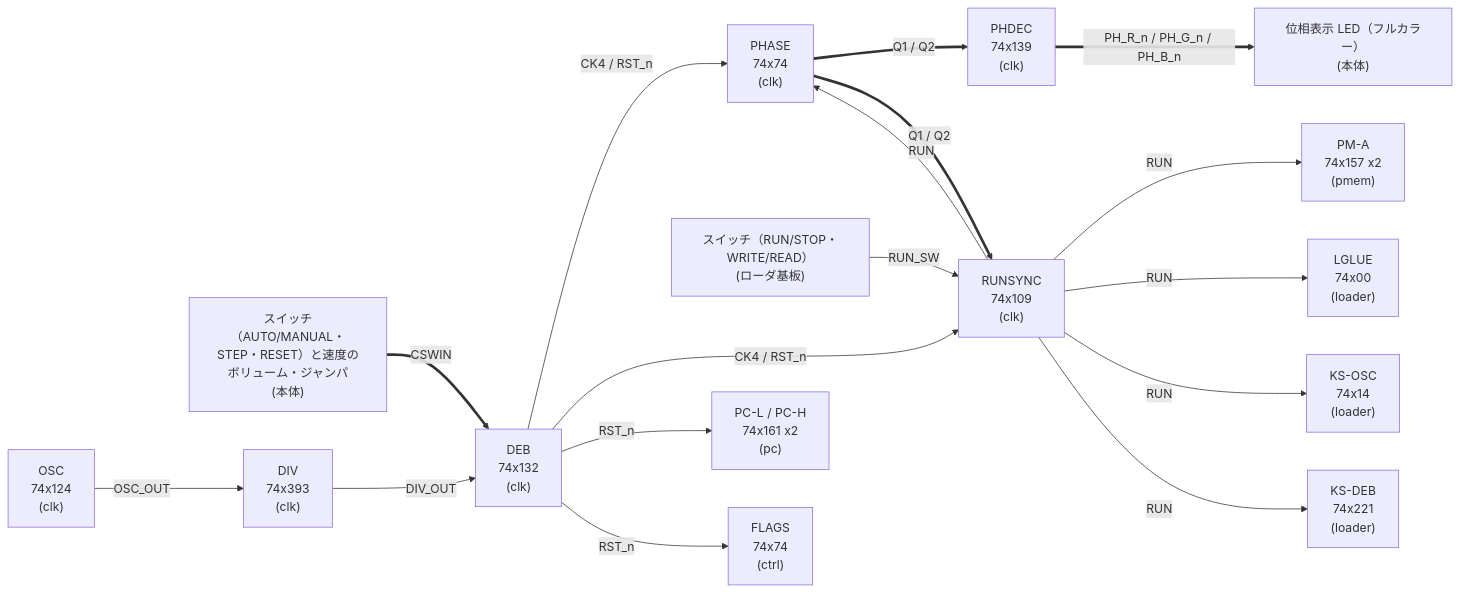
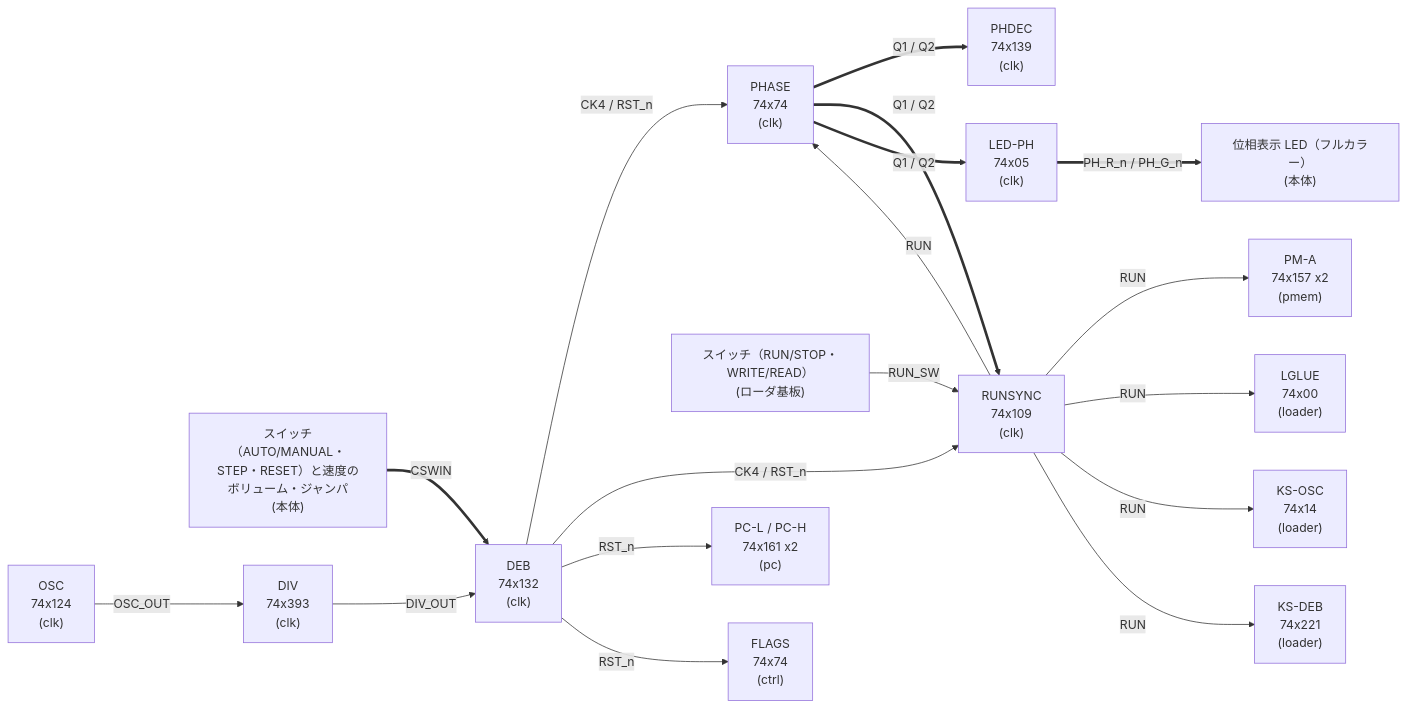
The diagram in docs/design/generated/fig_clock.mmd (radiann-kswg/7400SeriesProcessor), drawn with Mermaid before and after one commit. The commit also changed 7 other files, not shown here.

```diff
--- a/docs/design/generated/fig_clock.mmd
+++ b/docs/design/generated/fig_clock.mmd
@@ -1,33 +1,35 @@
 flowchart LR
   PHASE["PHASE<br/>74x74<br/>(clk)"]
   PHDEC["PHDEC<br/>74x139<br/>(clk)"]
   RUNSYNC["RUNSYNC<br/>74x109<br/>(clk)"]
+  LEDPH["LED-PH<br/>74x05<br/>(clk)"]
   CSW["スイッチ（AUTO/MANUAL・STEP・RESET）と速度のボリューム・ジャンパ<br/>(本体)"]
   DEB["DEB<br/>74x132<br/>(clk)"]
   OSC["OSC<br/>74x124<br/>(clk)"]
   DIV["DIV<br/>74x393<br/>(clk)"]
   LSW["スイッチ（RUN/STOP・WRITE/READ）<br/>(ローダ基板)"]
   PMA["PM-A<br/>74x157 x2<br/>(pmem)"]
   LGLUE["LGLUE<br/>74x00<br/>(loader)"]
   KSOSC["KS-OSC<br/>74x14<br/>(loader)"]
   KSDEB["KS-DEB<br/>74x221<br/>(loader)"]
   PC["PC-L / PC-H<br/>74x161 x2<br/>(pc)"]
   FLAGS["FLAGS<br/>74x74<br/>(ctrl)"]
   PHLED["位相表示 LED（フルカラー）<br/>(本体)"]
 
   PHASE == "Q1 / Q2" ==> PHDEC
   PHASE == "Q1 / Q2" ==> RUNSYNC
+  PHASE == "Q1 / Q2" ==> LEDPH
   CSW == "CSWIN" ==> DEB
   OSC -- "OSC_OUT" --> DIV
   DIV -- "DIV_OUT" --> DEB
   DEB -- "CK4 / RST_n" --> PHASE
   DEB -- "CK4 / RST_n" --> RUNSYNC
   LSW -- "RUN_SW" --> RUNSYNC
   RUNSYNC -- "RUN" --> PHASE
   RUNSYNC -- "RUN" --> PMA
   RUNSYNC -- "RUN" --> LGLUE
   RUNSYNC -- "RUN" --> KSOSC
   RUNSYNC -- "RUN" --> KSDEB
   DEB -- "RST_n" --> PC
   DEB -- "RST_n" --> FLAGS
-  PHDEC == "PH_R_n / PH_G_n / PH_B_n" ==> PHLED
+  LEDPH == "PH_R_n / PH_G_n" ==> PHLED
```
